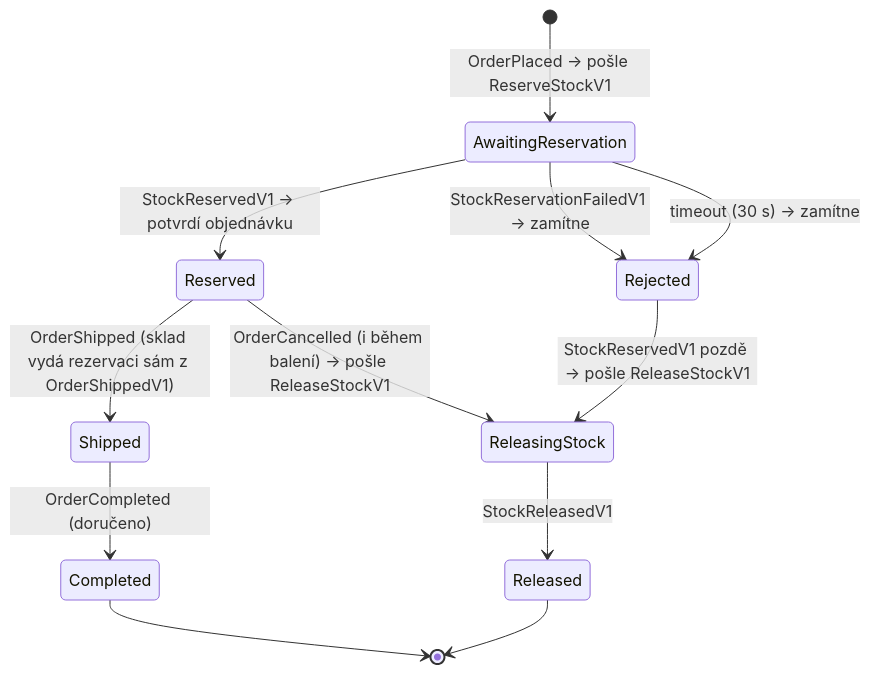
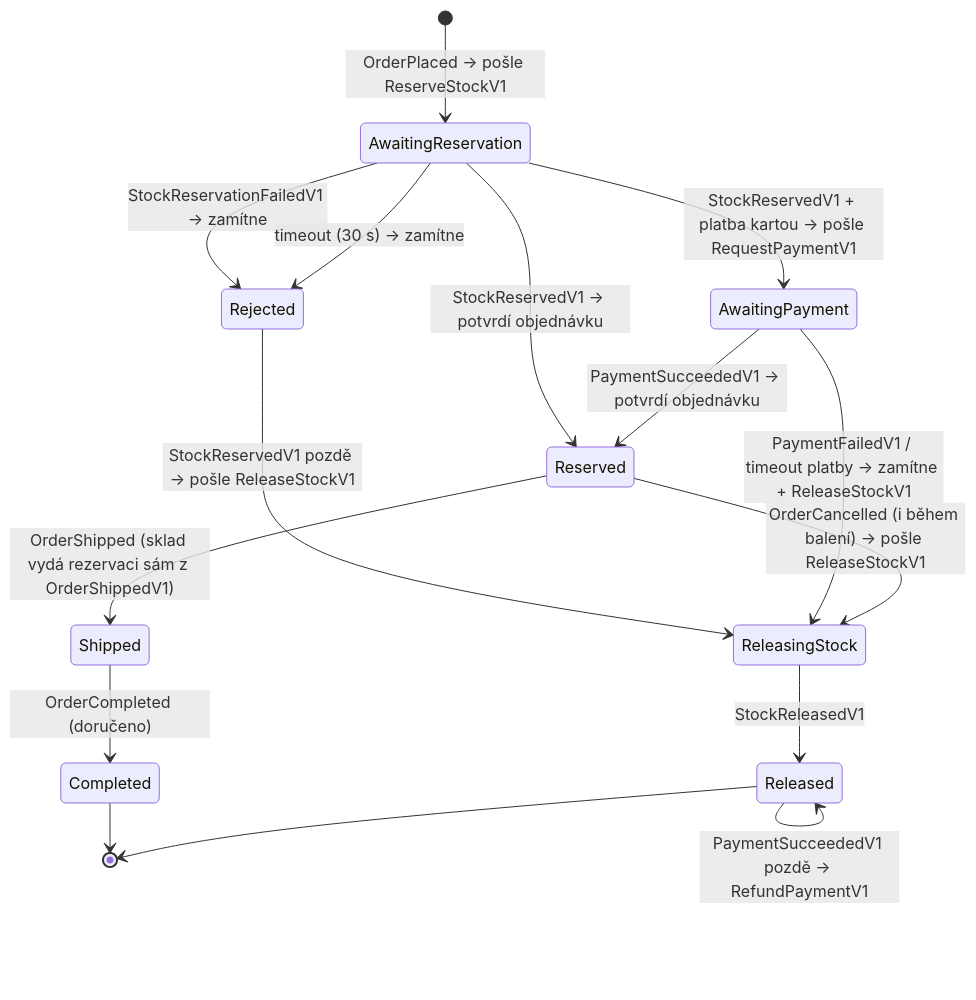
One commit to ftichy/MiniShop changed the second of 2 diagrams in docs/prirucka/architektura/stavove-diagramy.md. Above: the diagram before and after it, drawn with Mermaid. The commit also changed other lines of this file and 88 other files, not shown here.

First line of the commit message:
ESHOP STEP8: platba kartou (simulovaná brána)

````diff
--- a/docs/prirucka/architektura/stavove-diagramy.md
+++ b/docs/prirucka/architektura/stavove-diagramy.md
@@ -61,14 +65,18 @@
 ```mermaid
 stateDiagram-v2
     [*] --> AwaitingReservation : OrderPlaced → pošle ReserveStockV1
     AwaitingReservation --> Reserved : StockReservedV1 → potvrdí objednávku
     AwaitingReservation --> Rejected : StockReservationFailedV1 → zamítne
     AwaitingReservation --> Rejected : timeout (30 s) → zamítne
     Rejected --> ReleasingStock : StockReservedV1 pozdě → pošle ReleaseStockV1
+    AwaitingReservation --> AwaitingPayment : StockReservedV1 + platba kartou → pošle RequestPaymentV1
+    AwaitingPayment --> Reserved : PaymentSucceededV1 → potvrdí objednávku
+    AwaitingPayment --> ReleasingStock : PaymentFailedV1 / timeout platby → zamítne + ReleaseStockV1
+    Released --> Released : PaymentSucceededV1 pozdě → RefundPaymentV1
     Reserved --> Shipped : OrderShipped (sklad vydá rezervaci sám z OrderShippedV1)
     Shipped --> Completed : OrderCompleted (doručeno)
     Reserved --> ReleasingStock : OrderCancelled (i během balení) → pošle ReleaseStockV1
     ReleasingStock --> Released : StockReleasedV1
     Completed --> [*]
     Released --> [*]
 ```
````
